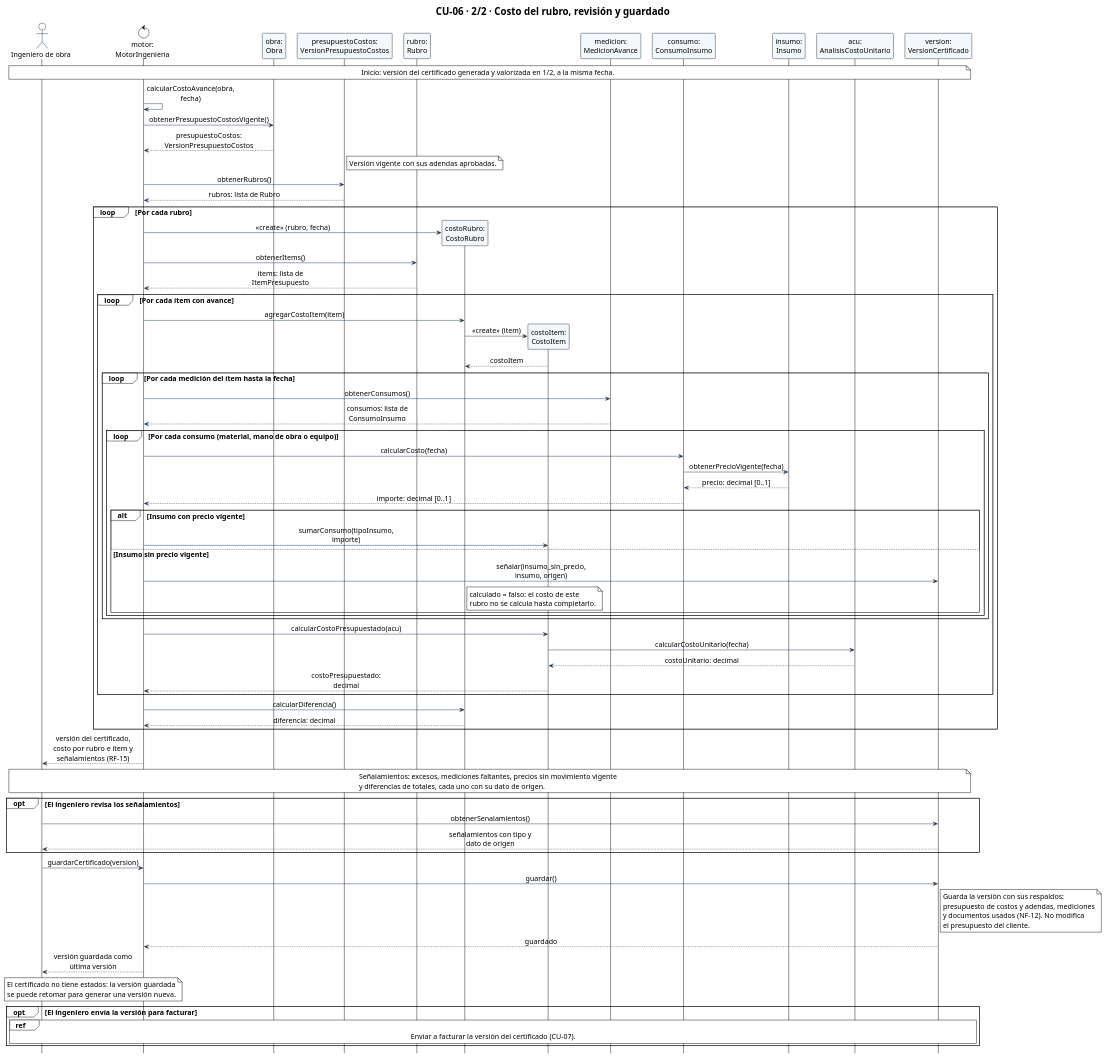
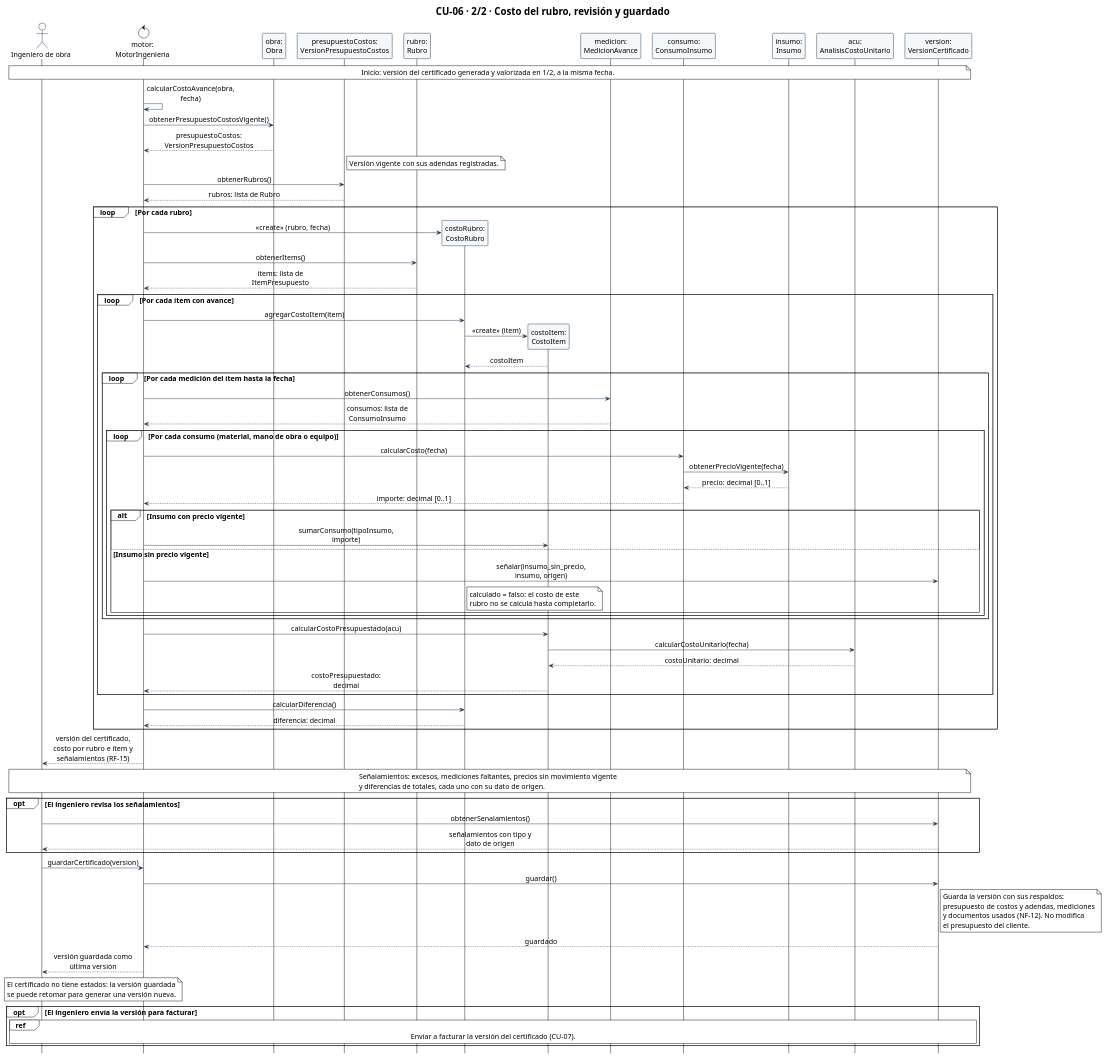
Before and after one commit to Ssrrb/tpf-uca: the diagram in diagramas/CU-06-secuencia-2-costo-y-revision.puml, drawn with PlantUML. The commit also changed 3 other files, not shown here.

First line of the commit message:
Sincroniza CU-06 con la adenda registrada (diagramas-v6)

```diff
--- a/diagramas/CU-06-secuencia-2-costo-y-revision.puml
+++ b/diagramas/CU-06-secuencia-2-costo-y-revision.puml
@@ -1,111 +1,111 @@
 @startuml
 !theme plain
 skinparam shadowing false
 skinparam defaultFontName Arial
 skinparam defaultFontSize 16
 skinparam sequenceMessageAlign center
 skinparam maxMessageSize 210
 skinparam ParticipantPadding 8
 skinparam ParticipantBackgroundColor #F5F8FA
 skinparam ParticipantBorderColor #17324D
 skinparam ActorBorderColor #17324D
 skinparam ArrowColor #17324D
 hide footbox
 title CU-06 · 2/2 · Costo del rubro, revisión y guardado
 actor "Ingeniero de obra" as Ingeniero
 control "motor:\nMotorIngenieria" as Motor
 participant "obra:\nObra" as Obra
 participant "presupuestoCostos:\nVersionPresupuestoCostos" as PresCostos
 participant "rubro:\nRubro" as Rubro
 participant "costoRubro:\nCostoRubro" as CostoRubro
 participant "costoItem:\nCostoItem" as CostoItem
 participant "medicion:\nMedicionAvance" as Medicion
 participant "consumo:\nConsumoInsumo" as Consumo
 participant "insumo:\nInsumo" as Insumo
 participant "acu:\nAnalisisCostoUnitario" as ACU
 participant "version:\nVersionCertificado" as Certificado
 
 note over Ingeniero, Certificado
   Inicio: versión del certificado generada y valorizada en 1/2, a la misma fecha.
 end note
 
 Motor -> Motor: calcularCostoAvance(obra, fecha)
 Motor -> Obra: obtenerPresupuestoCostosVigente()
 Obra --> Motor: presupuestoCostos: VersionPresupuestoCostos
 note right of PresCostos
-  Versión vigente con sus adendas aprobadas.
+  Versión vigente con sus adendas registradas.
 end note
 Motor -> PresCostos: obtenerRubros()
 PresCostos --> Motor: rubros: lista de Rubro
 loop Por cada rubro
   create CostoRubro
   Motor -> CostoRubro: «create» (rubro, fecha)
   Motor -> Rubro: obtenerItems()
   Rubro --> Motor: items: lista de ItemPresupuesto
   loop Por cada ítem con avance
     Motor -> CostoRubro: agregarCostoItem(item)
     create CostoItem
     CostoRubro -> CostoItem: «create» (item)
     CostoItem --> CostoRubro: costoItem
     loop Por cada medición del ítem hasta la fecha
       Motor -> Medicion: obtenerConsumos()
       Medicion --> Motor: consumos: lista de ConsumoInsumo
       loop Por cada consumo (material, mano de obra o equipo)
         Motor -> Consumo: calcularCosto(fecha)
         Consumo -> Insumo: obtenerPrecioVigente(fecha)
         Insumo --> Consumo: precio: decimal [0..1]
         Consumo --> Motor: importe: decimal [0..1]
         alt Insumo con precio vigente
           Motor -> CostoItem: sumarConsumo(tipoInsumo, importe)
         else Insumo sin precio vigente
           Motor -> Certificado: señalar(insumo_sin_precio, insumo, origen)
           note right of CostoRubro
             calculado = falso: el costo de este
             rubro no se calcula hasta completarlo.
           end note
         end
       end
     end
     Motor -> CostoItem: calcularCostoPresupuestado(acu)
     CostoItem -> ACU: calcularCostoUnitario(fecha)
     ACU --> CostoItem: costoUnitario: decimal
     CostoItem --> Motor: costoPresupuestado: decimal
   end
   Motor -> CostoRubro: calcularDiferencia()
   CostoRubro --> Motor: diferencia: decimal
 end
 
 Motor --> Ingeniero: versión del certificado, costo por rubro e ítem y señalamientos (RF-15)
 
 note over Ingeniero, Certificado
   Señalamientos: excesos, mediciones faltantes, precios sin movimiento vigente
   y diferencias de totales, cada uno con su dato de origen.
 end note
 
 opt El ingeniero revisa los señalamientos
   Ingeniero -> Certificado: obtenerSenalamientos()
   Certificado --> Ingeniero: señalamientos con tipo y dato de origen
 end
 
 Ingeniero -> Motor: guardarCertificado(version)
 Motor -> Certificado: guardar()
 note right of Certificado
   Guarda la versión con sus respaldos:
   presupuesto de costos y adendas, mediciones
   y documentos usados (NF-12). No modifica
   el presupuesto del cliente.
 end note
 Certificado --> Motor: guardado
 
 Motor --> Ingeniero: versión guardada como última versión
 note over Ingeniero, Motor
   El certificado no tiene estados: la versión guardada
   se puede retomar para generar una versión nueva.
 end note
 
 opt El ingeniero envía la versión para facturar
   ref over Ingeniero, Certificado
     Enviar a facturar la versión del certificado (CU-07).
   end ref
 end
 @enduml
```
